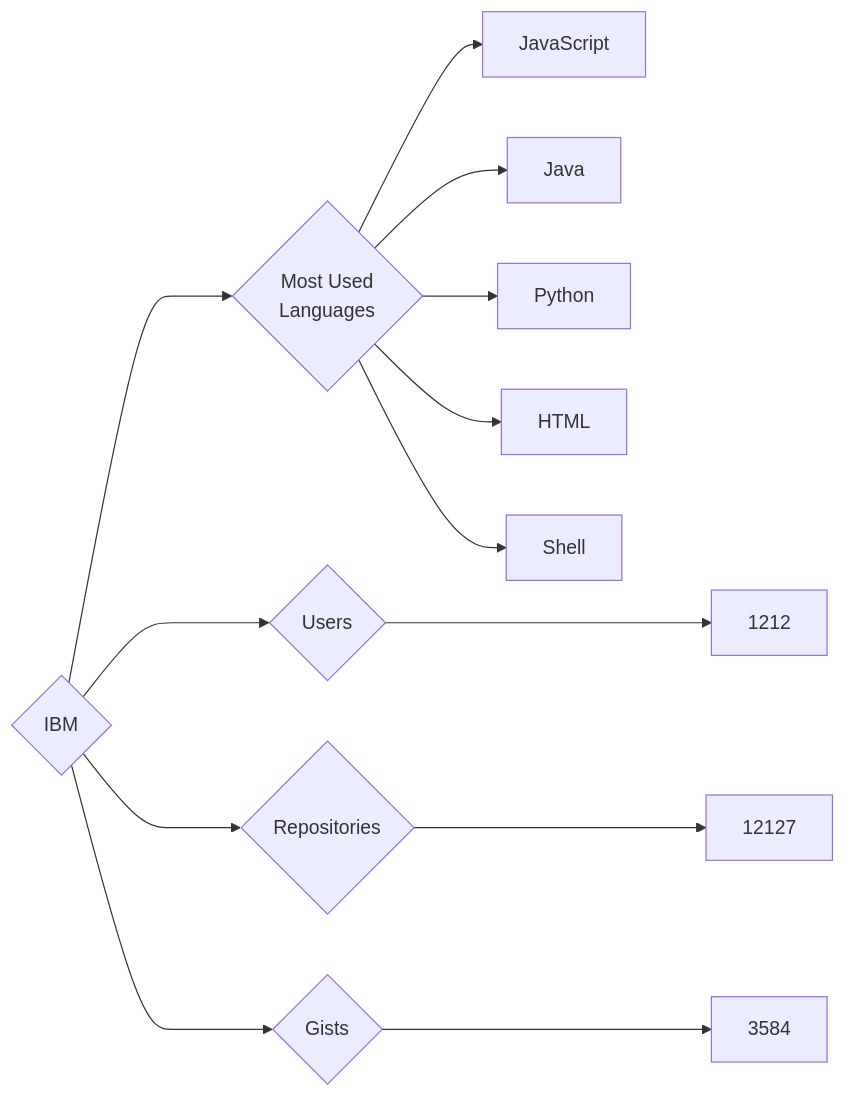
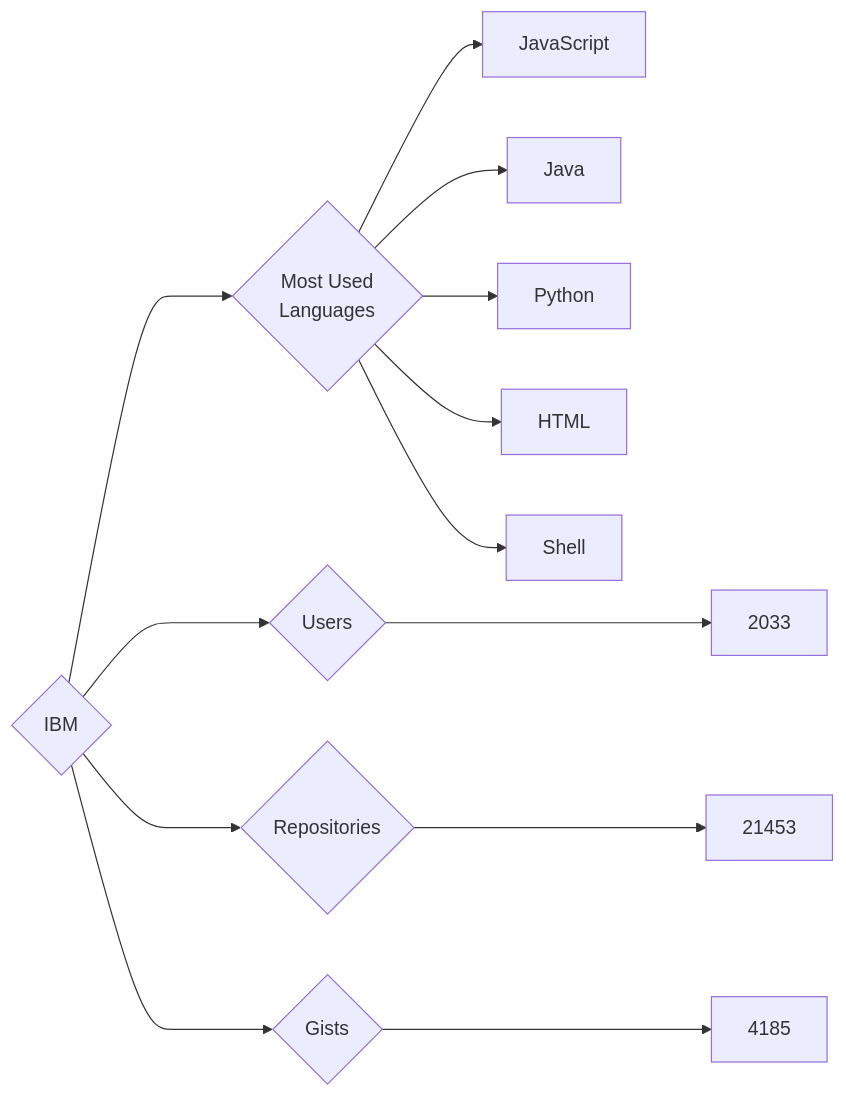
The diagram in targets/IBM/README.md (trickest/insiders), drawn with Mermaid before and after one commit. The commit also changed 757 other files, not shown here.

````diff
--- a/targets/IBM/README.md
+++ b/targets/IBM/README.md
@@ -3,13 +3,13 @@
 ```mermaid
 graph LR
 COMPANY_NAME{IBM}
-COMPANY_NAME ---> U{Users} ---> UN[1212]
-COMPANY_NAME ---> R{Repositories} ---> RN[12127]
-COMPANY_NAME ---> G{Gists} ---> GN[3584]
+COMPANY_NAME ---> U{Users} ---> UN[2033]
+COMPANY_NAME ---> R{Repositories} ---> RN[21453]
+COMPANY_NAME ---> G{Gists} ---> GN[4185]
 COMPANY_NAME ---> ML{Most Used<br>Languages}
 ML --> JavaScript[JavaScript]
 ML --> Java[Java]
 ML --> Python[Python]
 ML --> HTML[HTML]
 ML --> Shell[Shell]
 ```
````
